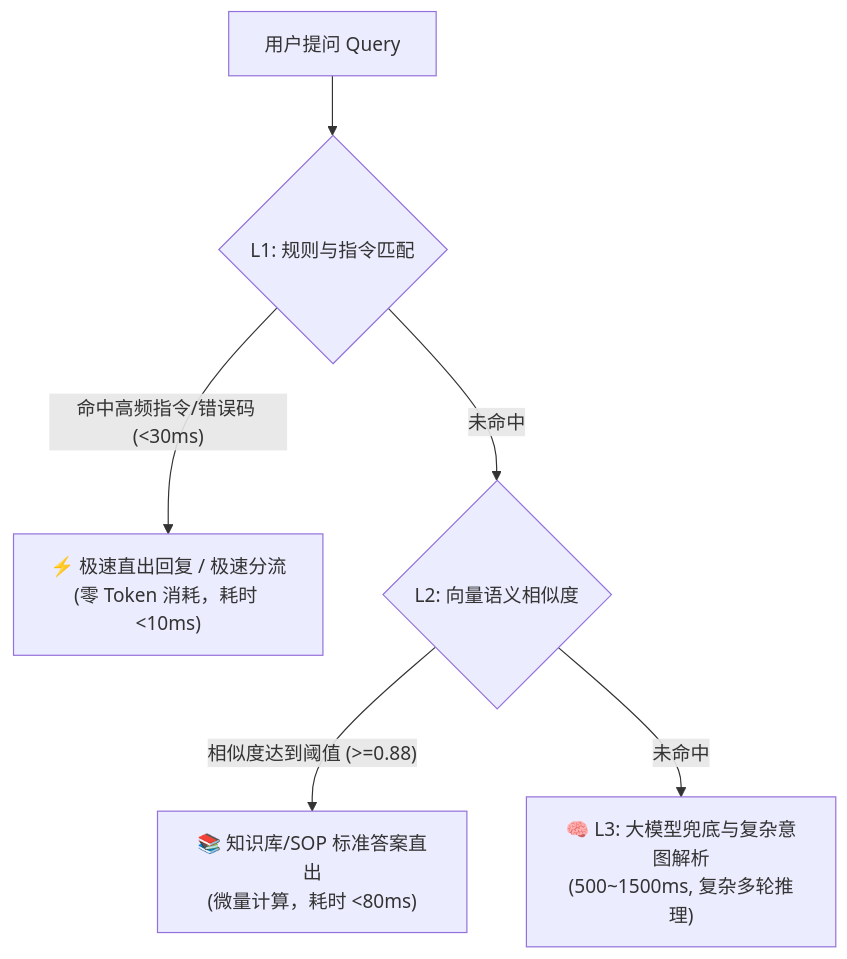
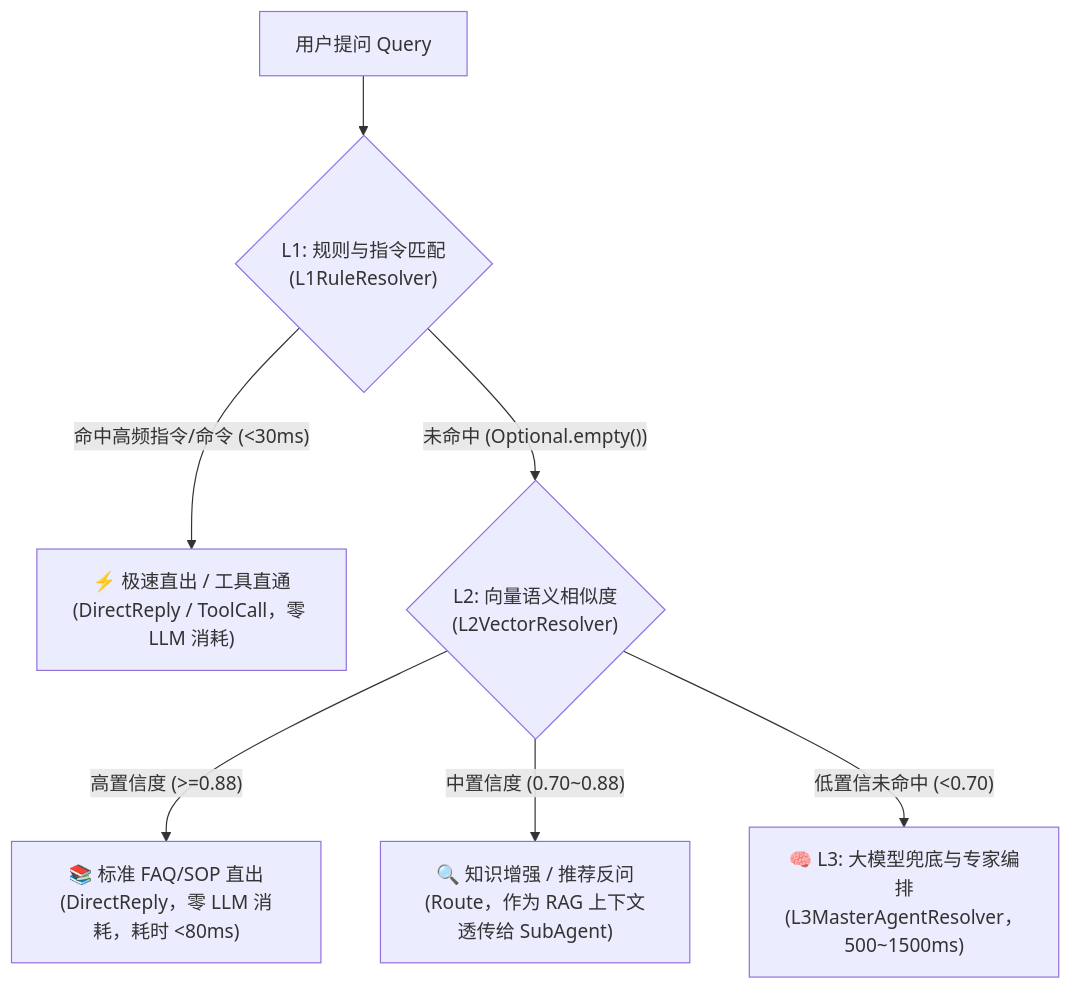
Before and after one commit to 1264585648/spring-ai-agentflow: the second of 5 diagrams in docs/handbook/04-三级意图降级实战：为什么绝不能所有问题都直接调大模型？.md, drawn with Mermaid. The commit also changed other lines of this file and 42 other files, not shown here.

````diff
--- a/docs/handbook/04-三级意图降级实战：为什么绝不能所有问题都直接调大模型？.md
+++ b/docs/handbook/04-三级意图降级实战：为什么绝不能所有问题都直接调大模型？.md
@@ -41,10 +41,11 @@
 ```mermaid
 flowchart TD
-    UserQuery["用户提问 Query"] --> L1{"L1: 规则与指令匹配"}
+    UserQuery["用户提问 Query"] --> L1{"L1: 规则与指令匹配<br/>(L1RuleResolver)"}
     
-    L1 -->|"命中高频指令/错误码 (<30ms)"| Resp1["⚡ 极速直出回复 / 极速分流<br/>(零 Token 消耗，耗时 <10ms)"]
-    L1 -->|"未命中"| L2{"L2: 向量语义相似度"}
+    L1 -->|"命中高频指令/命令 (<30ms)"| Resp1["⚡ 极速直出 / 工具直通<br/>(DirectReply / ToolCall，零 LLM 消耗)"]
+    L1 -->|"未命中 (Optional.empty())"| L2{"L2: 向量语义相似度<br/>(L2VectorResolver)"}
     
-    L2 -->|"相似度达到阈值 (>=0.88)"| Resp2["📚 知识库/SOP 标准答案直出<br/>(微量计算，耗时 <80ms)"]
-    L2 -->|"未命中"| L3["🧠 L3: 大模型兜底与复杂意图解析<br/>(500~1500ms, 复杂多轮推理)"]
+    L2 -->|"高置信度 (>=0.88)"| Resp2["📚 标准 FAQ/SOP 直出<br/>(DirectReply，零 LLM 消耗，耗时 <80ms)"]
+    L2 -->|"中置信度 (0.70~0.88)"| Resp3["🔍 知识增强 / 推荐反问<br/>(Route，作为 RAG 上下文透传给 SubAgent)"]
+    L2 -->|"低置信未命中 (<0.70)"| L3["🧠 L3: 大模型兜底与专家编排<br/>(L3MasterAgentResolver，500~1500ms)"]
 ```
````
